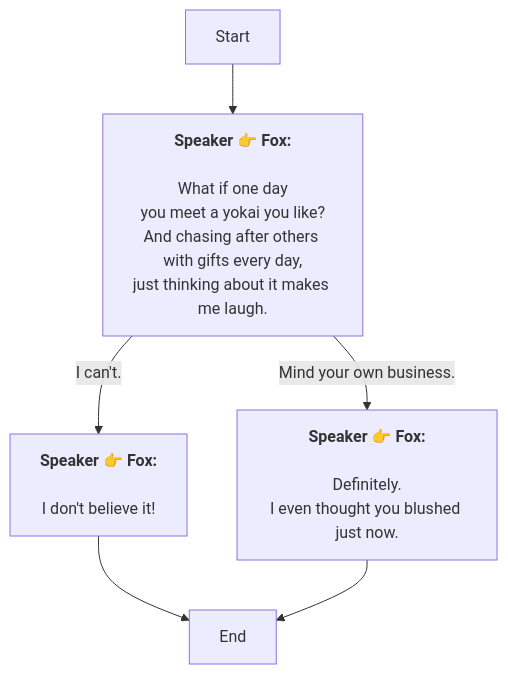
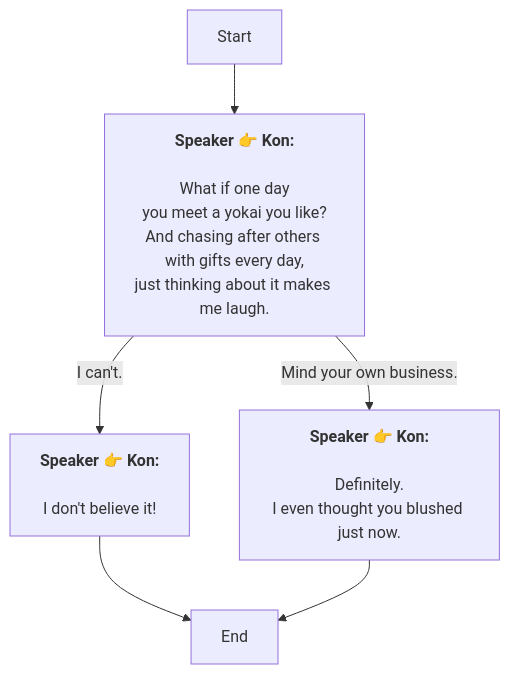
Before and after one commit to SoftHu/tos_avg: the diagram in En/QuestStartTalkENode_1751475250371921.md, drawn with Mermaid. The commit also changed 730 other files, not shown here.

````diff
--- a/En/QuestStartTalkENode_1751475250371921.md
+++ b/En/QuestStartTalkENode_1751475250371921.md
@@ -1,15 +1,15 @@
 ```mermaid
 graph
-Start -->1751475306371413[<b>Speaker 👉 Fox:</b>
+Start -->1751475306371413[<b>Speaker 👉 Kon:</b>
 \nWhat if one day
 you meet a yokai you like?\nAnd chasing after others with gifts every day,
 just thinking about it makes me laugh.]
-1751475306371413 -->|Mind your own business.|1751475386044764[<b>Speaker 👉 Fox:</b>
+1751475306371413 -->|Mind your own business.|1751475386044764[<b>Speaker 👉 Kon:</b>
 \nDefinitely.
 I even thought you blushed just now.]
-1751475306371413 -->|I can't.|1751475373995355[<b>Speaker 👉 Fox:</b>
+1751475306371413 -->|I can't.|1751475373995355[<b>Speaker 👉 Kon:</b>
 \nI don't believe it!]
 1751475373995355 -->1751475304513876[End]
 1751475386044764 -->1751475304513876[End]
 
 ```
````
